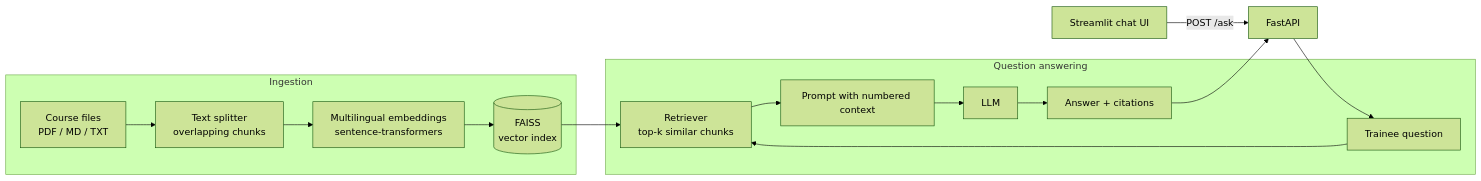
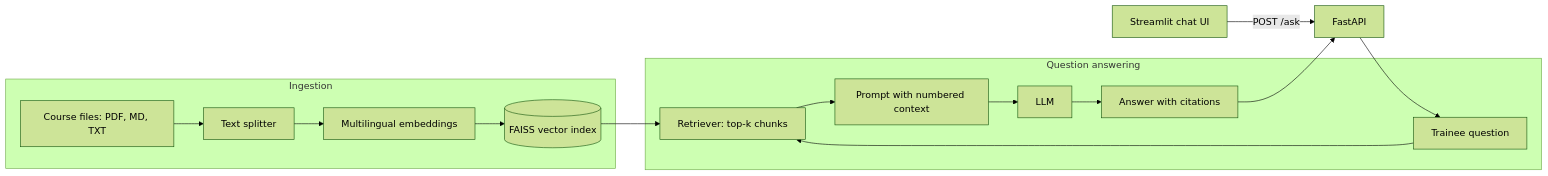
One commit to nora-albabtain/course-assistant-rag changed the diagram in README.md. Above: the diagram before and after it, drawn with Mermaid (forest theme).

````diff
--- a/README.md
+++ b/README.md
@@ -25,18 +25,18 @@
 ```mermaid
 flowchart LR
-    subgraph Ingestion
-        A[Course files<br/>PDF / MD / TXT] --> B[Text splitter<br/>overlapping chunks]
-        B --> C[Multilingual embeddings<br/>sentence-transformers]
-        C --> D[(FAISS<br/>vector index)]
+    subgraph ingest["Ingestion"]
+        A["Course files: PDF, MD, TXT"] --> B["Text splitter"]
+        B --> C["Multilingual embeddings"]
+        C --> D[("FAISS vector index")]
     end
-    subgraph Question answering
-        Q[Trainee question] --> E[Retriever<br/>top-k similar chunks]
-        D --> E
-        E --> F[Prompt with numbered context]
-        F --> G[LLM]
-        G --> H[Answer + citations]
+    subgraph qa["Question answering"]
+        Q["Trainee question"] --> E["Retriever: top-k chunks"]
+        E --> F["Prompt with numbered context"]
+        F --> G["LLM"]
+        G --> H["Answer with citations"]
     end
-    UI[Streamlit chat UI] -->|POST /ask| API[FastAPI]
+    D --> E
+    UI["Streamlit chat UI"] -->|"POST /ask"| API["FastAPI"]
     API --> Q
     H --> API
 ```
````
